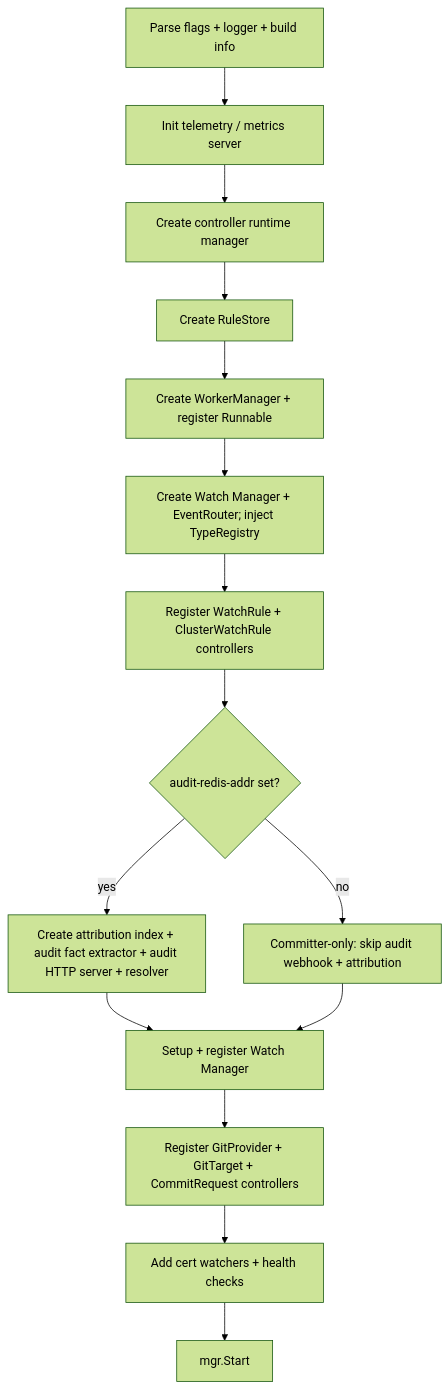
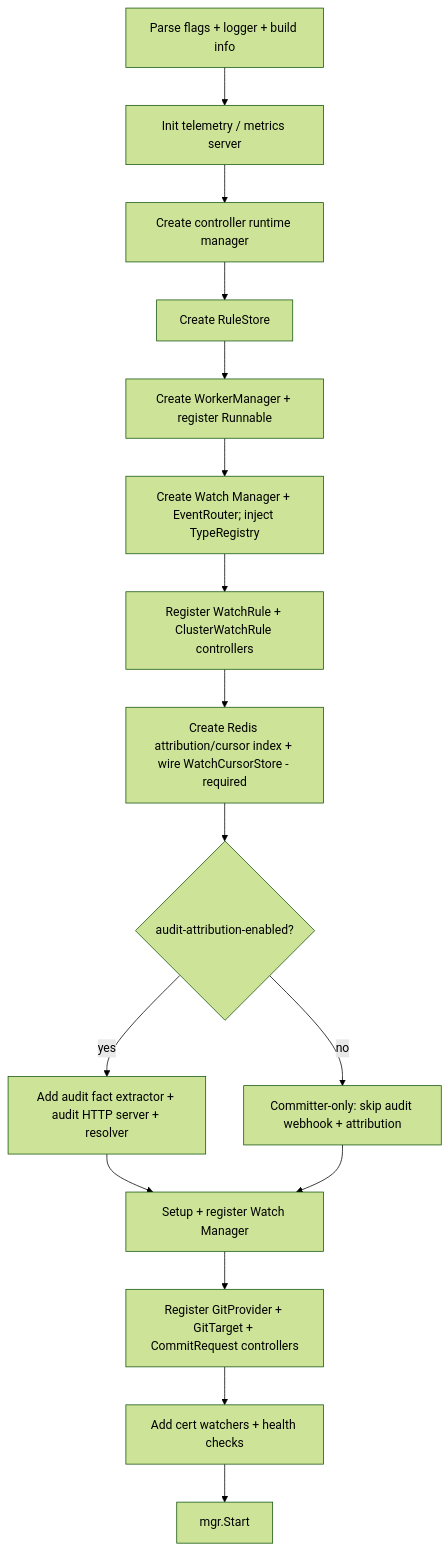
One commit to ConfigButler/gitops-reverser changed the third of 3 diagrams in docs/architecture.md. Above: the diagram before and after it, drawn with Mermaid (forest theme). The commit also changed other lines of this file and 19 other files, not shown here.

````diff
--- a/docs/architecture.md
+++ b/docs/architecture.md
@@ -696,17 +698,18 @@
 ```mermaid
 flowchart TD
     A[Parse flags + logger + build info] --> B[Init telemetry / metrics server]
     B --> C[Create controller runtime manager]
     C --> D[Create RuleStore]
     D --> E[Create WorkerManager + register Runnable]
     E --> F[Create Watch Manager + EventRouter; inject TypeRegistry]
     F --> G[Register WatchRule + ClusterWatchRule controllers]
-    G --> H{audit-redis-addr set?}
-    H -->|yes| I[Create attribution index + audit fact extractor + audit HTTP server + resolver]
-    H -->|no| J[Committer-only: skip audit webhook + attribution]
+    G --> H[Create Redis attribution/cursor index + wire WatchCursorStore - required]
+    H --> Hq{audit-attribution-enabled?}
+    Hq -->|yes| I[Add audit fact extractor + audit HTTP server + resolver]
+    Hq -->|no| J[Committer-only: skip audit webhook + attribution]
     I --> K[Setup + register Watch Manager]
     J --> K
     K --> L[Register GitProvider + GitTarget + CommitRequest controllers]
     L --> M[Add cert watchers + health checks]
     M --> N[mgr.Start]
 ```
````
